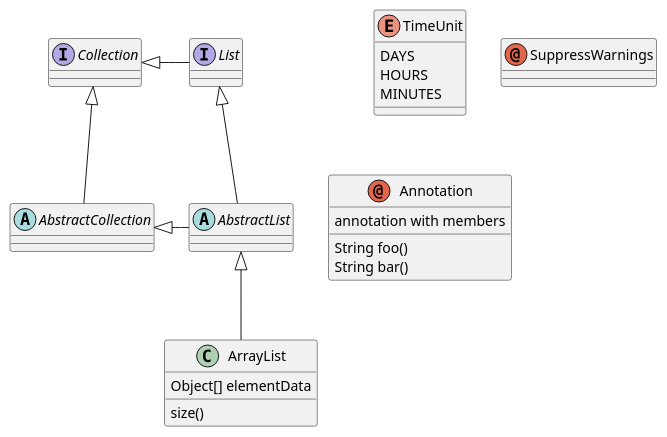
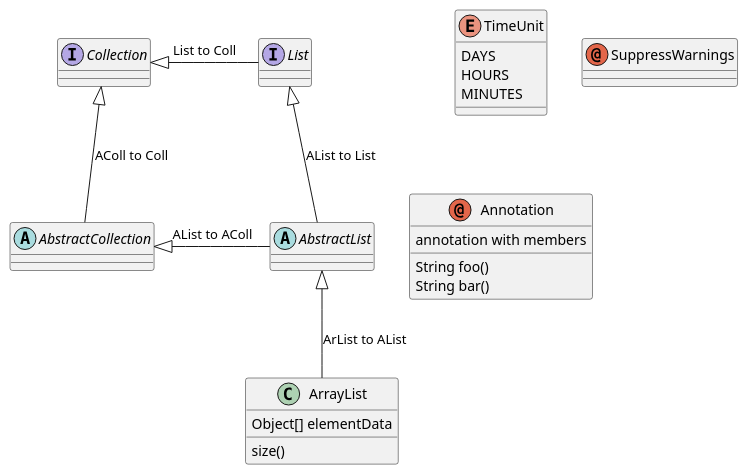
One commit to The-Lum/puml-themes-gallery changed the diagram in input/Class-Abstract-Interface.puml. Above: the diagram before and after it, drawn with PlantUML.

```diff
--- a/input/Class-Abstract-Interface.puml
+++ b/input/Class-Abstract-Interface.puml
@@ -1,32 +1,32 @@
 @startuml
 abstract class AbstractList
 abstract AbstractCollection
 interface List
 interface Collection
 
-List <|-- AbstractList
-Collection <|-- AbstractCollection
+List <|-- AbstractList : AList to List
+Collection <|-- AbstractCollection : AColl to Coll
 
-Collection <|- List
-AbstractCollection <|- AbstractList
-AbstractList <|-- ArrayList
+Collection <|- List : List to Coll
+AbstractCollection <|- AbstractList : AList to AColl
+AbstractList <|-- ArrayList : ArList to AList
 
 class ArrayList {
   Object[] elementData
   size()
 }
 
 enum TimeUnit {
   DAYS
   HOURS
   MINUTES
 }
 
 annotation SuppressWarnings
 
 annotation Annotation {
   annotation with members
   String foo()
   String bar()
 }
 @enduml
```
